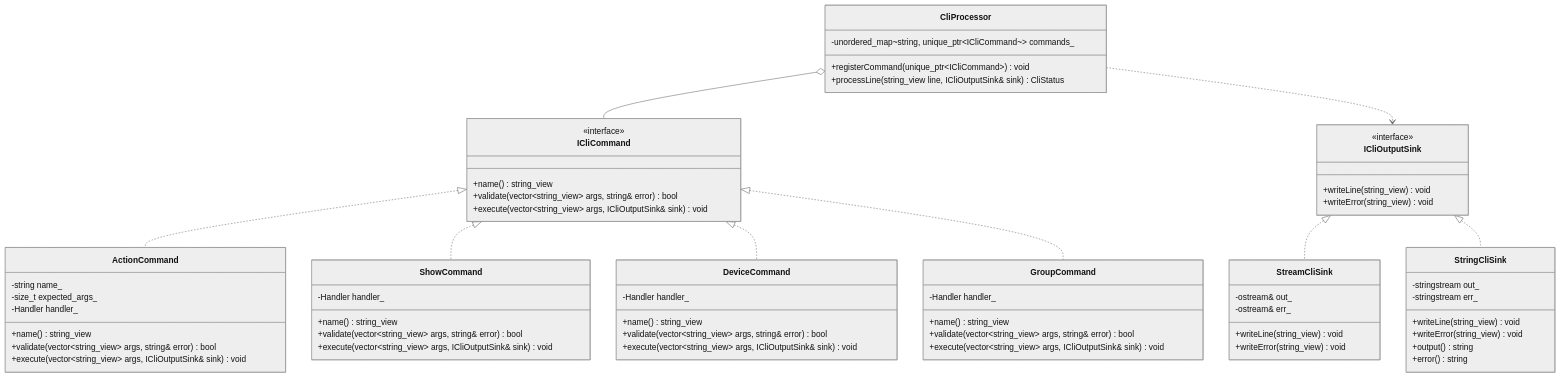
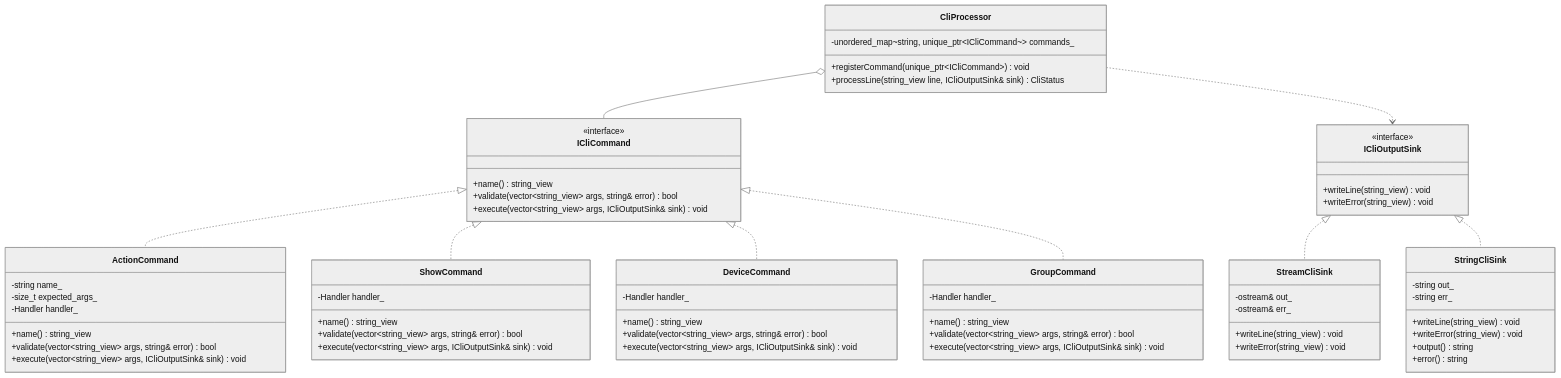
The diagram in specs/cli/design.md (Krikozyabra/smart_home), drawn with Mermaid (neutral theme) before and after one commit. The commit also changed other lines of this file and 31 other files, not shown here.

````diff
--- a/specs/cli/design.md
+++ b/specs/cli/design.md
@@ -15,76 +15,76 @@
 ```mermaid
 classDiagram
     class ICliOutputSink {
         <<interface>>
         +writeLine(string_view) void
         +writeError(string_view) void
     }
 
     class StreamCliSink {
         -ostream& out_
         -ostream& err_
         +writeLine(string_view) void
         +writeError(string_view) void
     }
 
     class StringCliSink {
-        -stringstream out_
-        -stringstream err_
+        -string out_
+        -string err_
         +writeLine(string_view) void
         +writeError(string_view) void
         +output() string
         +error() string
     }
 
     class ICliCommand {
         <<interface>>
         +name() string_view
         +validate(vector~string_view~ args, string& error) bool
         +execute(vector~string_view~ args, ICliOutputSink& sink) void
     }
 
     class ActionCommand {
         -string name_
         -size_t expected_args_
         -Handler handler_
         +name() string_view
         +validate(vector~string_view~ args, string& error) bool
         +execute(vector~string_view~ args, ICliOutputSink& sink) void
     }
 
     class ShowCommand {
         -Handler handler_
         +name() string_view
         +validate(vector~string_view~ args, string& error) bool
         +execute(vector~string_view~ args, ICliOutputSink& sink) void
     }
 
     class DeviceCommand {
         -Handler handler_
         +name() string_view
         +validate(vector~string_view~ args, string& error) bool
         +execute(vector~string_view~ args, ICliOutputSink& sink) void
     }
 
     class GroupCommand {
         -Handler handler_
         +name() string_view
         +validate(vector~string_view~ args, string& error) bool
         +execute(vector~string_view~ args, ICliOutputSink& sink) void
     }
 
     class CliProcessor {
         -unordered_map~string, unique_ptr~ICliCommand~~ commands_
         +registerCommand(unique_ptr~ICliCommand~) void
         +processLine(string_view line, ICliOutputSink& sink) CliStatus
     }
 
     ICliOutputSink <|.. StreamCliSink
     ICliOutputSink <|.. StringCliSink
     ICliCommand <|.. ActionCommand
     ICliCommand <|.. ShowCommand
     ICliCommand <|.. DeviceCommand
     ICliCommand <|.. GroupCommand
     CliProcessor o-- ICliCommand
     CliProcessor ..> ICliOutputSink
 ```
````
